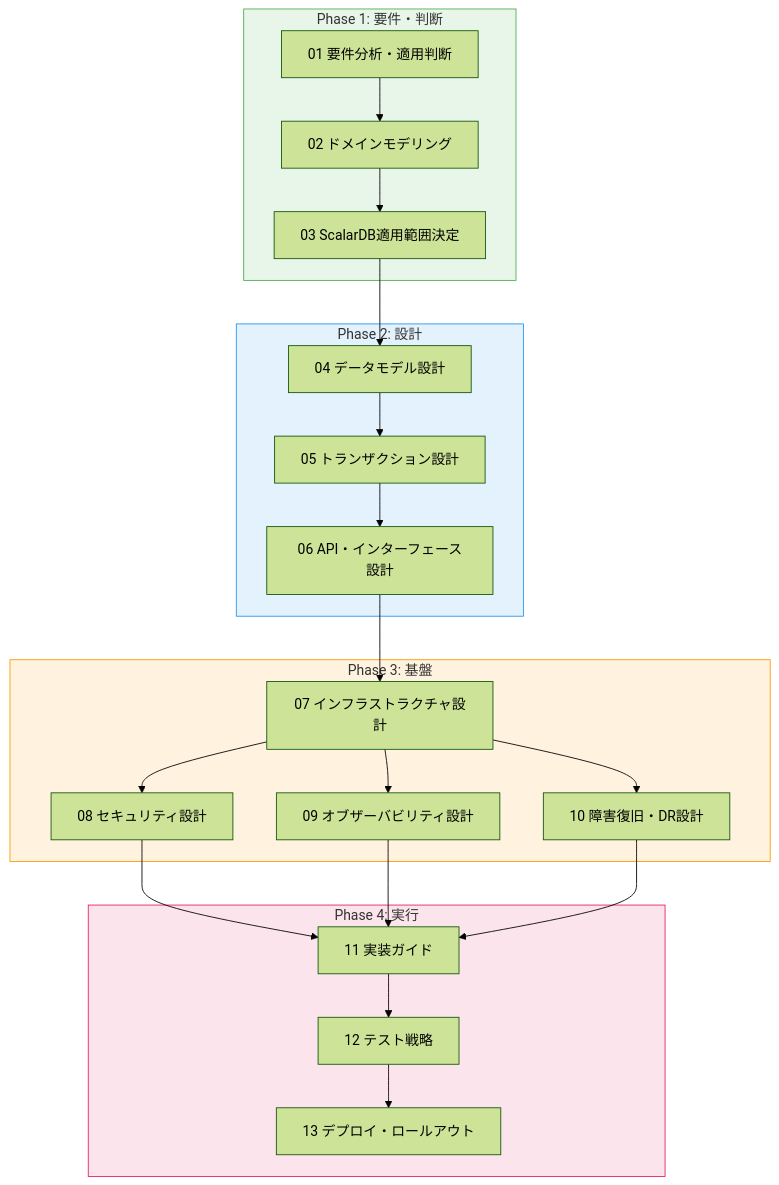
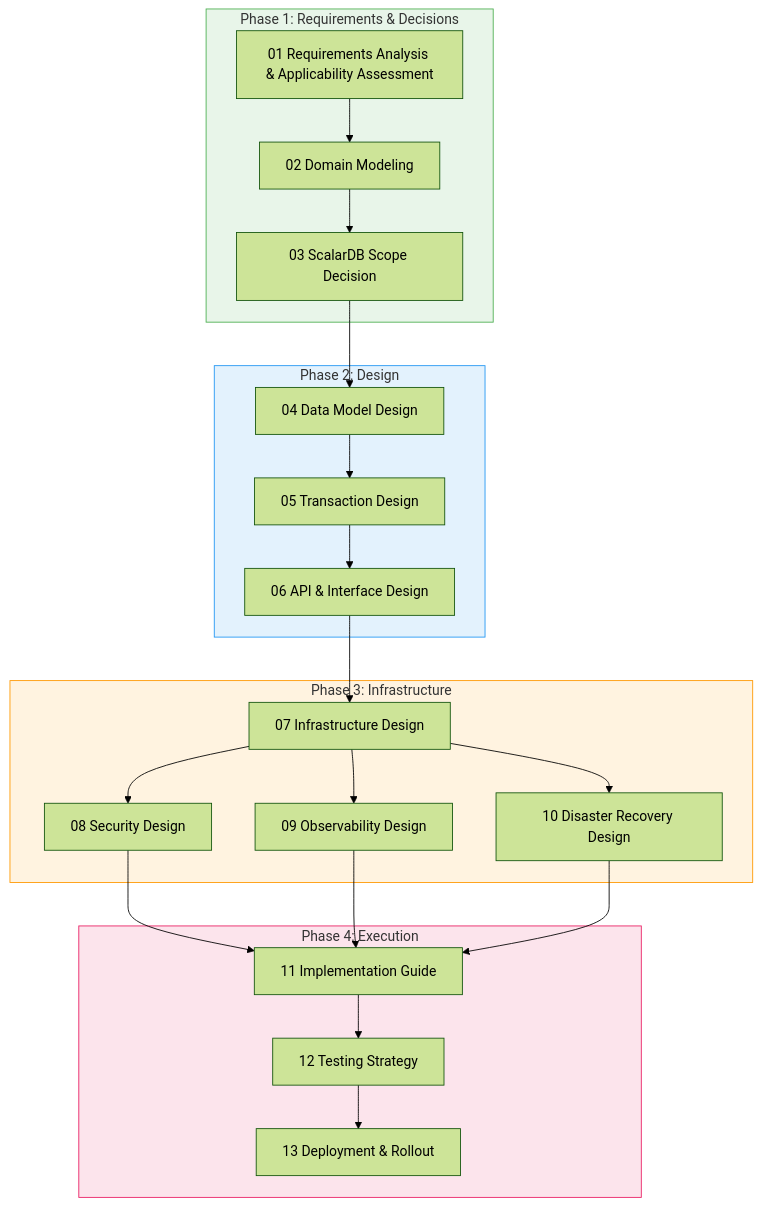
One commit to wfukatsu/nexus-architect changed the first of 2 diagrams in workflow/greenfield/00_workflow_overview.md. Above: the diagram before and after it, drawn with Mermaid (forest theme). The commit also changed other lines of this file and 2 other files, not shown here.

````diff
--- a/workflow/greenfield/00_workflow_overview.md
+++ b/workflow/greenfield/00_workflow_overview.md
@@ -9,43 +9,43 @@
 ```mermaid
 flowchart TD
-    subgraph Phase1["Phase 1: 要件・判断"]
-        W01["01 要件分析・適用判断"]
-        W02["02 ドメインモデリング"]
-        W03["03 ScalarDB適用範囲決定"]
+    subgraph Phase1["Phase 1: Requirements & Decisions"]
+        W01["01 Requirements Analysis & Applicability Assessment"]
+        W02["02 Domain Modeling"]
+        W03["03 ScalarDB Scope Decision"]
     end
 
-    subgraph Phase2["Phase 2: 設計"]
-        W04["04 データモデル設計"]
-        W05["05 トランザクション設計"]
-        W06["06 API・インターフェース設計"]
+    subgraph Phase2["Phase 2: Design"]
+        W04["04 Data Model Design"]
+        W05["05 Transaction Design"]
+        W06["06 API & Interface Design"]
     end
 
-    subgraph Phase3["Phase 3: 基盤"]
-        W07["07 インフラストラクチャ設計"]
-        W08["08 セキュリティ設計"]
-        W09["09 オブザーバビリティ設計"]
-        W10["10 障害復旧・DR設計"]
+    subgraph Phase3["Phase 3: Infrastructure"]
+        W07["07 Infrastructure Design"]
+        W08["08 Security Design"]
+        W09["09 Observability Design"]
+        W10["10 Disaster Recovery Design"]
     end
 
-    subgraph Phase4["Phase 4: 実行"]
-        W11["11 実装ガイド"]
-        W12["12 テスト戦略"]
-        W13["13 デプロイ・ロールアウト"]
+    subgraph Phase4["Phase 4: Execution"]
+        W11["11 Implementation Guide"]
+        W12["12 Testing Strategy"]
+        W13["13 Deployment & Rollout"]
     end
 
     W01 --> W02 --> W03
     W03 --> W04 --> W05 --> W06
     W06 --> W07
     W07 --> W08
     W07 --> W09
     W07 --> W10
     W08 --> W11
     W09 --> W11
     W10 --> W11
     W11 --> W12 --> W13
 
     style Phase1 fill:#e8f5e9,stroke:#4caf50
     style Phase2 fill:#e3f2fd,stroke:#2196f3
     style Phase3 fill:#fff3e0,stroke:#ff9800
     style Phase4 fill:#fce4ec,stroke:#e91e63
 ```
````
